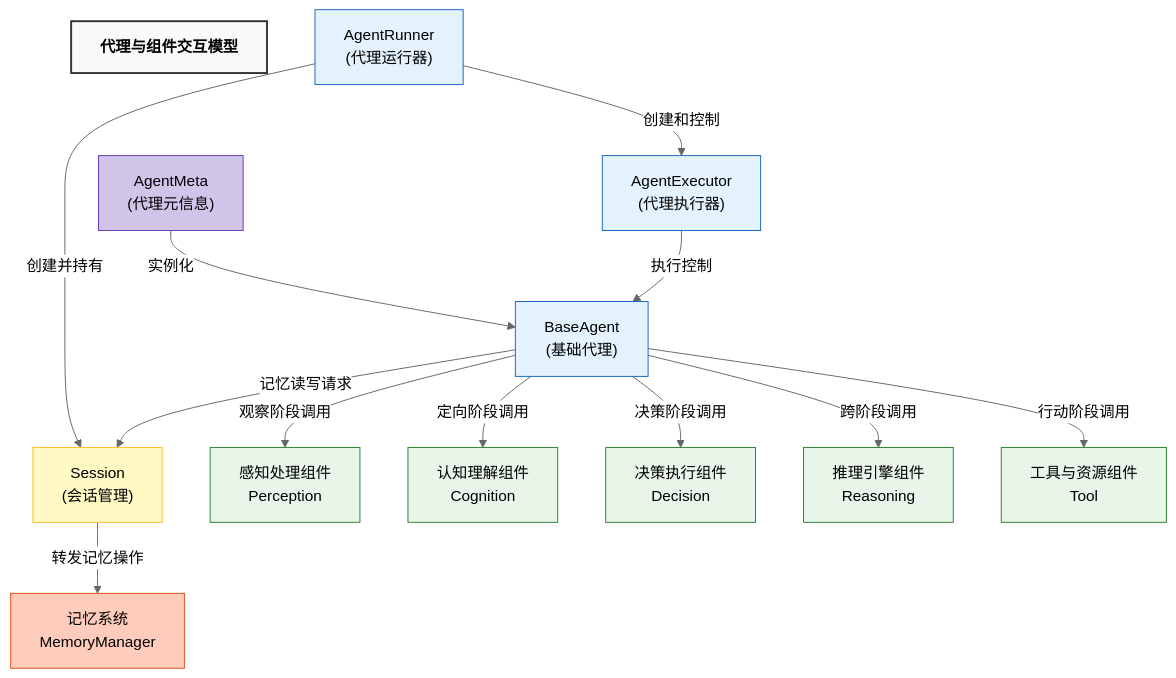
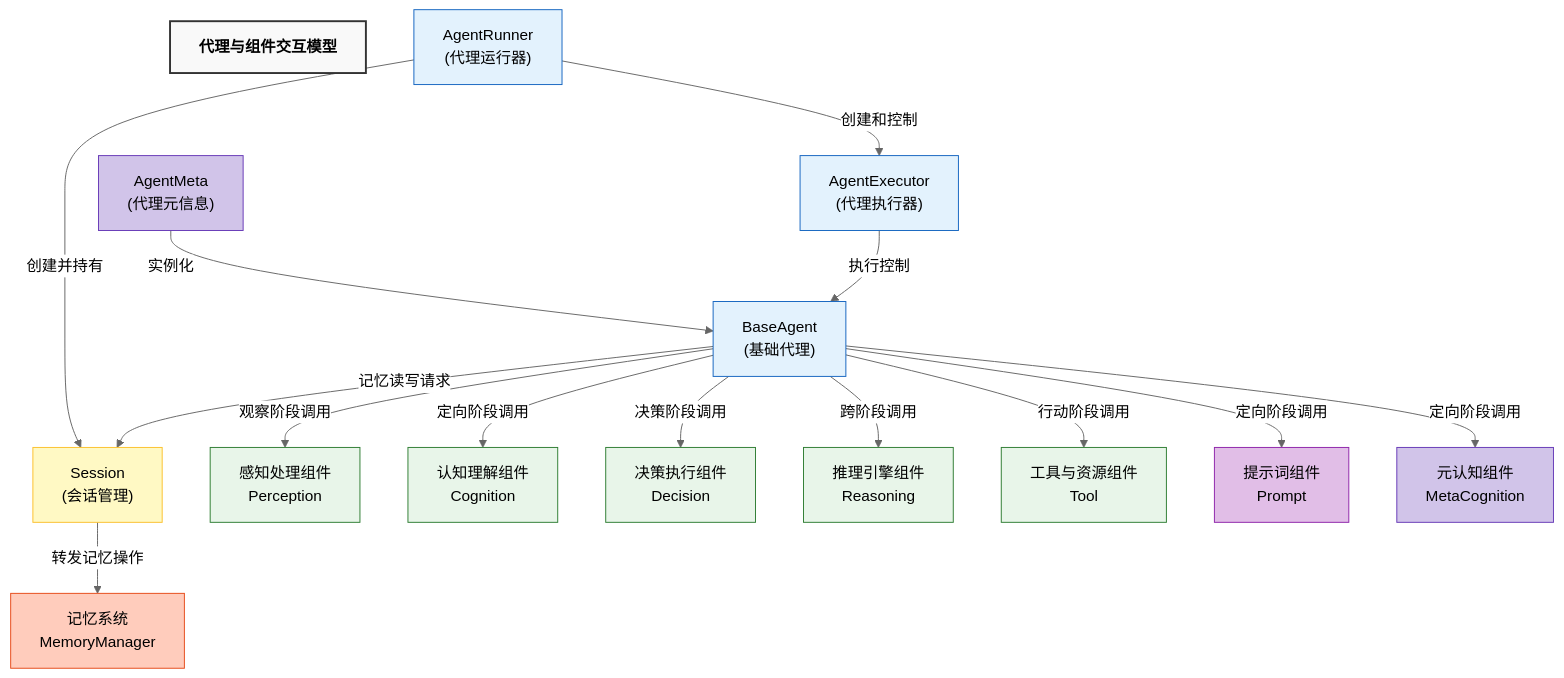
The diagram in all/未命名-3.md (DDtoma/iodraw-files), drawn with Mermaid (neutral theme) before and after one commit.

Commit message:
2025-03-12 15:38:32 update

````diff
--- a/all/未命名-3.md
+++ b/all/未命名-3.md
@@ -1,54 +1,61 @@
 ```mermaid
 flowchart TB
     %% 总标题
     title[<b>代理与组件交互模型</b>]
     
     %% 核心类
     AgentMeta["AgentMeta<br>(代理元信息)"]
     AgentRunner["AgentRunner<br>(代理运行器)"]
     Session["Session<br>(会话管理)"]
     AgentExecutor["AgentExecutor<br>(代理执行器)"]
     BaseAgent["BaseAgent<br>(基础代理)"]
     
     %% 功能组件
     Perception["感知处理组件<br>Perception"]
     Cognition["认知理解组件<br>Cognition"]
     Decision["决策执行组件<br>Decision"]
     Memory["记忆系统<br>MemoryManager"]
     Reasoning["推理引擎组件<br>Reasoning"]
     Tool["工具与资源组件<br>Tool"]
+    Prompt["提示词组件<br>Prompt"]
+    MetaCognition["元认知组件<br>MetaCognition"]
     
     %% 交互关系 - 使用更清晰的箭头和标签
     AgentMeta -->|"实例化"| BaseAgent
     AgentRunner -->|"创建并持有"| Session
     AgentRunner -->|"创建和控制"| AgentExecutor
     AgentExecutor -->|"执行控制"| BaseAgent
     
     %% OODA循环调用
     BaseAgent -->|"观察阶段调用"| Perception
     BaseAgent -->|"定向阶段调用"| Cognition
+    BaseAgent -->|"定向阶段调用"| Prompt
+    BaseAgent -->|"定向阶段调用"| MetaCognition
     BaseAgent -->|"决策阶段调用"| Decision
     BaseAgent -->|"行动阶段调用"| Tool
     
     %% 记忆系统交互
     Session -->|"转发记忆操作"| Memory
     BaseAgent -->|"记忆读写请求"| Session
     
     %% 推理系统交互
     BaseAgent -->|"跨阶段调用"| Reasoning
     
     %% 样式设置
     classDef titleClass fill:#f9f9f9,stroke:#333,stroke-width:2px,font-weight:bold
     classDef agentClass fill:#e3f2fd,stroke:#1565c0,stroke-width:1px
     classDef componentClass fill:#e8f5e9,stroke:#2e7d32,stroke-width:1px
     classDef sessionClass fill:#fff9c4,stroke:#fbc02d,stroke-width:1px
     classDef metaClass fill:#d1c4e9,stroke:#673ab7,stroke-width:1px
     classDef memoryClass fill:#ffccbc,stroke:#e64a19,stroke-width:1px
+    classDef promptClass fill:#e1bee7,stroke:#8e24aa,stroke-width:1px
     
     class title titleClass
     class AgentRunner,AgentExecutor,BaseAgent agentClass
     class Session sessionClass
     class AgentMeta metaClass
     class Perception,Cognition,Decision,Reasoning,Tool componentClass
     class Memory memoryClass
+    class Prompt promptClass
+    class MetaCognition metaClass
 ```
````
